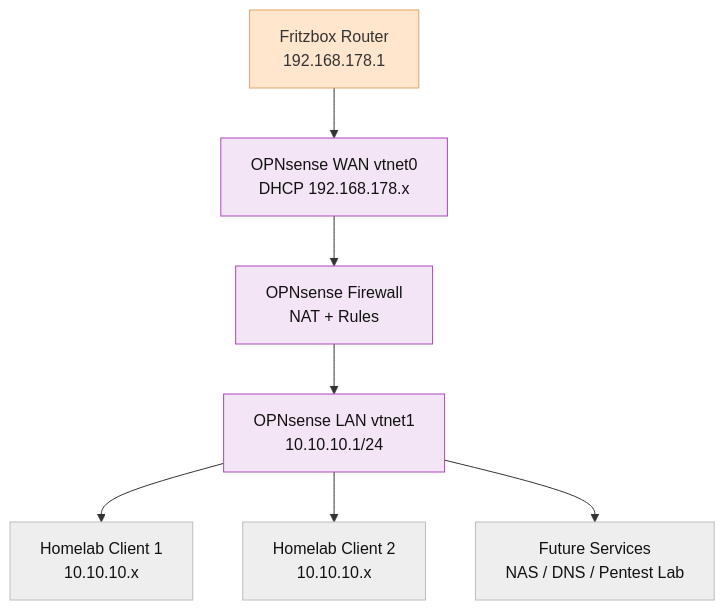
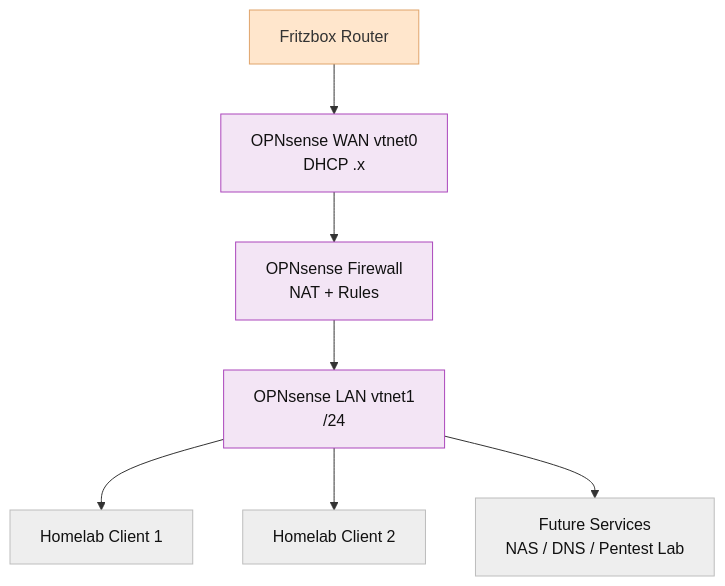
One commit to Noxwer-beep/homelab-infrastructure changed the diagram in docs/07_OPNsense_Configuration.md. Above: the diagram before and after it, drawn with Mermaid. The commit also changed other lines of this file and 8 other files, not shown here.

````diff
--- a/docs/07_OPNsense_Configuration.md
+++ b/docs/07_OPNsense_Configuration.md
@@ -27,28 +27,28 @@
 ```mermaid
 flowchart TD
     %% ===== Classes / Colors =====
     classDef router fill:#ffe6cc,stroke:#e0a46b,stroke-width:1px,color:#333;
     classDef fw fill:#f3e5f5,stroke:#ab47bc,stroke-width:1px,color:#111;
     classDef client fill:#eeeeee,stroke:#bdbdbd,stroke-width:1px,color:#111;
 
-    Fritz["Fritzbox Router<br>192.168.178.1"]
-    WAN["OPNsense WAN vtnet0<br>DHCP 192.168.178.x"]
+    Fritz["Fritzbox Router<br><home-router-ip>"]
+    WAN["OPNsense WAN vtnet0<br>DHCP <home-lan>.x"]
     FW["OPNsense Firewall<br>NAT + Rules"]
-    LAN["OPNsense LAN vtnet1<br>10.10.10.1/24"]
+    LAN["OPNsense LAN vtnet1<br><lab-gateway>/24"]
 
-    C1["Homelab Client 1<br>10.10.10.x"]
-    C2["Homelab Client 2<br>10.10.10.x"]    
+    C1["Homelab Client 1<br><lab-subnet>"]
+    C2["Homelab Client 2<br><lab-subnet>"]    
     Future["Future Services<br>NAS / DNS / Pentest Lab"]
 
     Fritz --> WAN
     WAN --> FW
     FW --> LAN
 
     LAN --> C1
     LAN --> C2
     LAN --> Future
 
     class Fritz router;
     class WAN,FW,LAN fw;
     class C1,C2,Future client;
 ```
````
